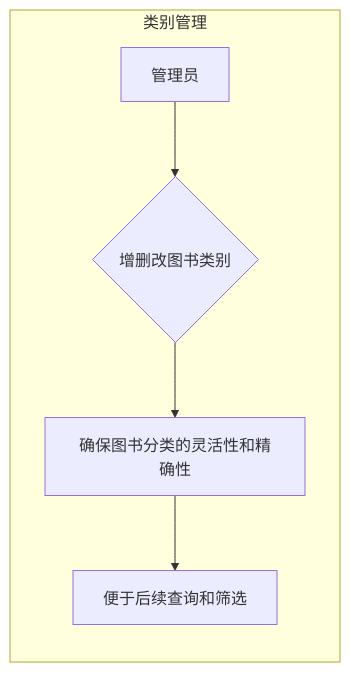
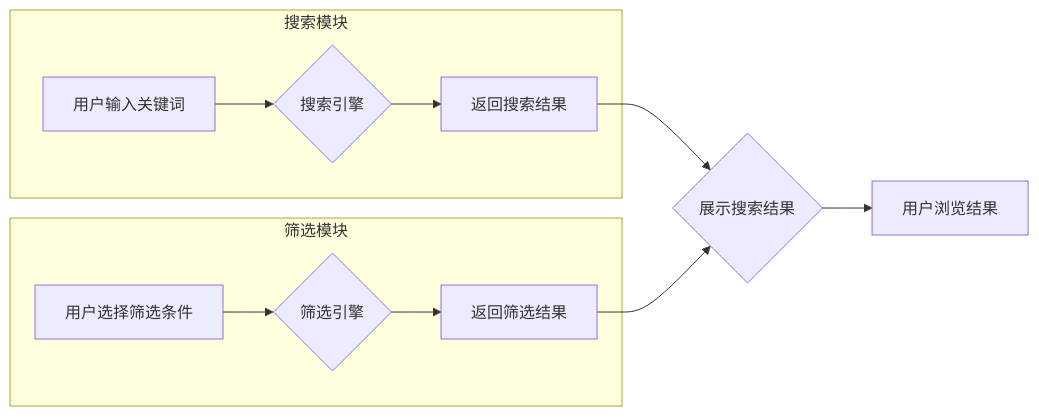
The diagram in all/未命名-3.md (qianlong520/iodraw-files), drawn with Mermaid before and after one commit.

Commit message:
2024-11-04 14:07:03 update

````diff
--- a/all/未命名-3.md
+++ b/all/未命名-3.md
@@ -1,8 +1,14 @@
 ```mermaid
 graph LR
-  subgraph 类别管理
-    A[管理员] --> B{增删改图书类别}
-    B --> C[确保图书分类的灵活性和精确性]
-    C --> D[便于后续查询和筛选]
-  end
+    subgraph 搜索模块
+        A[用户输入关键词] --> B{搜索引擎}
+        B --> C[返回搜索结果]
+    end
+    subgraph 筛选模块
+        D[用户选择筛选条件] --> E{筛选引擎}
+        E --> F[返回筛选结果]
+    end
+    C --> G{展示搜索结果}
+    F --> G
+    G --> H[用户浏览结果]
 ```
````
